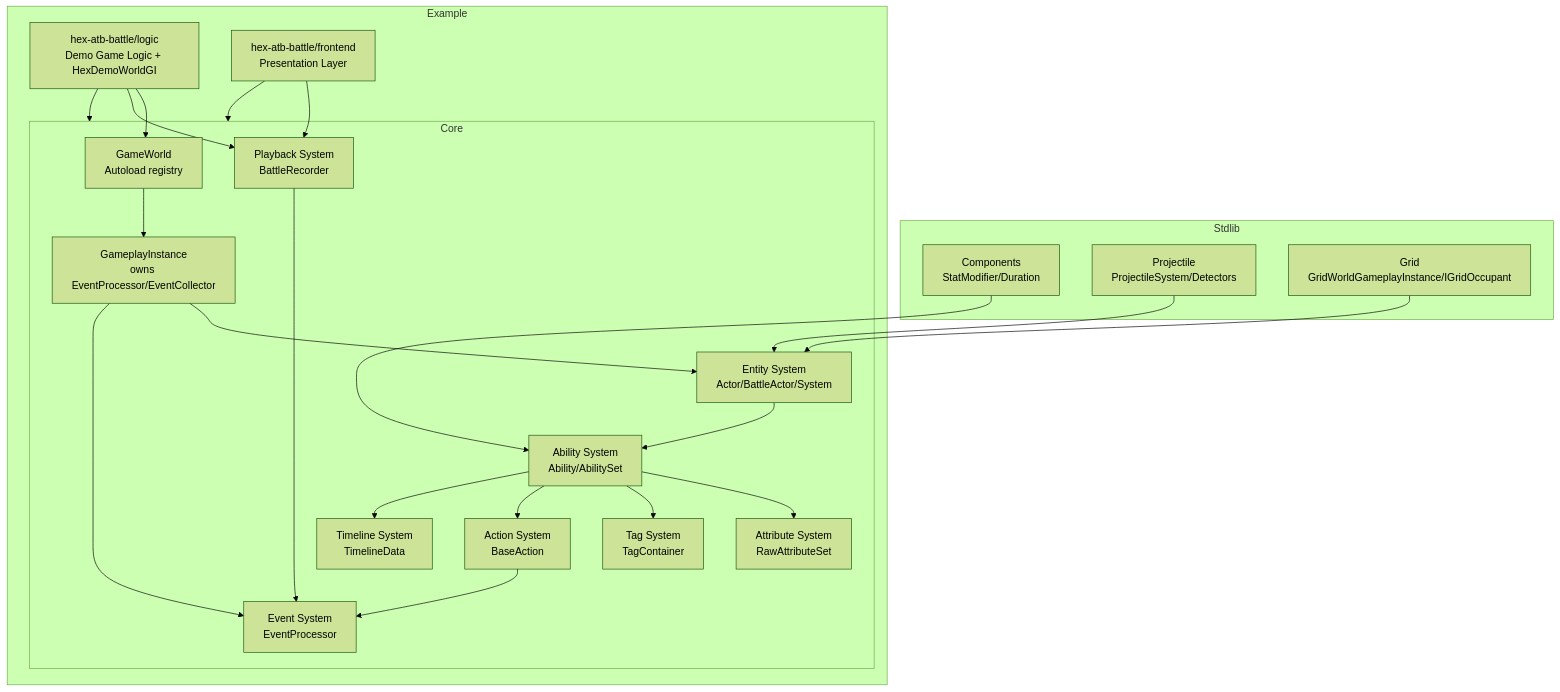
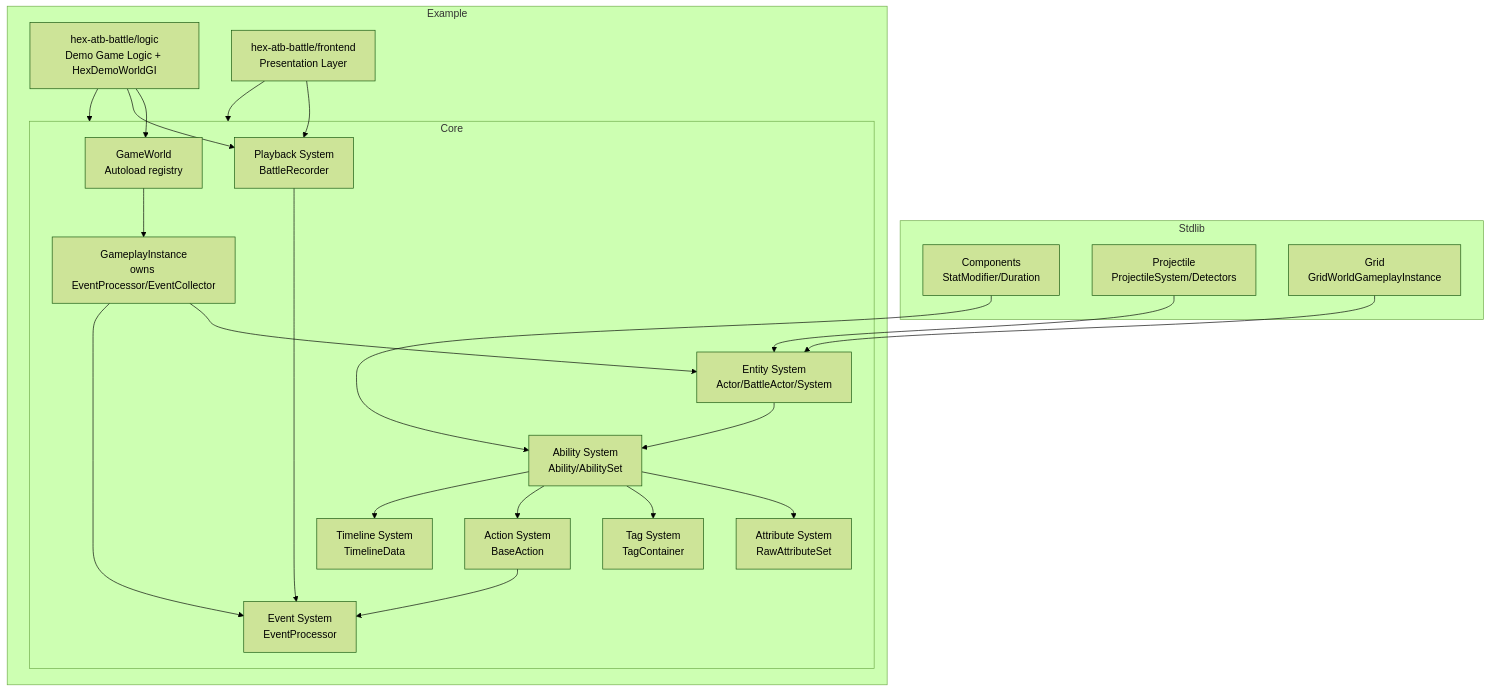
Before and after one commit to 15195999826/godot-addons: the diagram in logic-game-framework/CLAUDE.md, drawn with Mermaid (forest theme). The commit also changed other lines of this file and 23 other files, not shown here.

````diff
--- a/logic-game-framework/CLAUDE.md
+++ b/logic-game-framework/CLAUDE.md
@@ -11,46 +11,46 @@
 ```mermaid
 graph TB
     subgraph "Core"
         World[GameWorld<br/>Autoload registry]
         Instance[GameplayInstance<br/>owns EventProcessor/EventCollector]
         Entity[Entity System<br/>Actor/BattleActor/System]
         Attributes[Attribute System<br/>RawAttributeSet]
         Abilities[Ability System<br/>Ability/AbilitySet]
         Events[Event System<br/>EventProcessor]
         Actions[Action System<br/>BaseAction]
         Timeline[Timeline System<br/>TimelineData]
         Tags[Tag System<br/>TagContainer]
         Playback[Playback System<br/>BattleRecorder]
     end
 
     subgraph "Stdlib"
         Components[Components<br/>StatModifier/Duration]
         Projectile[Projectile<br/>ProjectileSystem/Detectors]
-        Grid[Grid<br/>GridWorldGameplayInstance/IGridOccupant]
+        Grid[Grid<br/>GridWorldGameplayInstance]
     end
 
     subgraph "Example"
         Core[hex-atb-battle/core<br/>Shared Events + WorldGI base]
         HexDemo[hex-atb-battle/logic<br/>Demo Game Logic + HexDemoWorldGI]
         Frontend[hex-atb-battle/frontend<br/>Presentation Layer]
     end
 
     World --> Instance
     Instance --> Entity
     Instance --> Events
     Entity --> Abilities
     Abilities --> Attributes
     Abilities --> Tags
     Abilities --> Actions
     Abilities --> Timeline
     Actions --> Events
     Components --> Abilities
     Projectile --> Entity
     Grid --> Entity
     Playback --> Events
     HexDemo --> World
     HexDemo --> Core
     HexDemo --> Playback
     Frontend --> Core
     Frontend --> Playback
 ```
````
